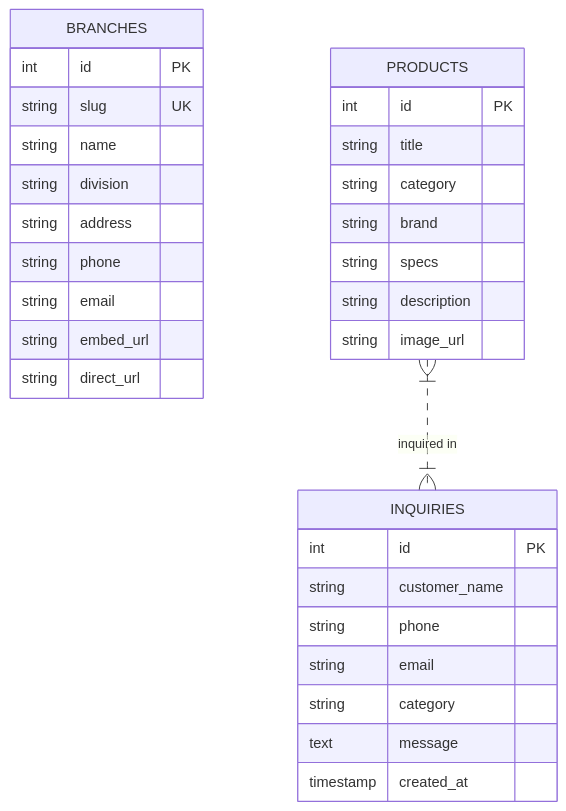
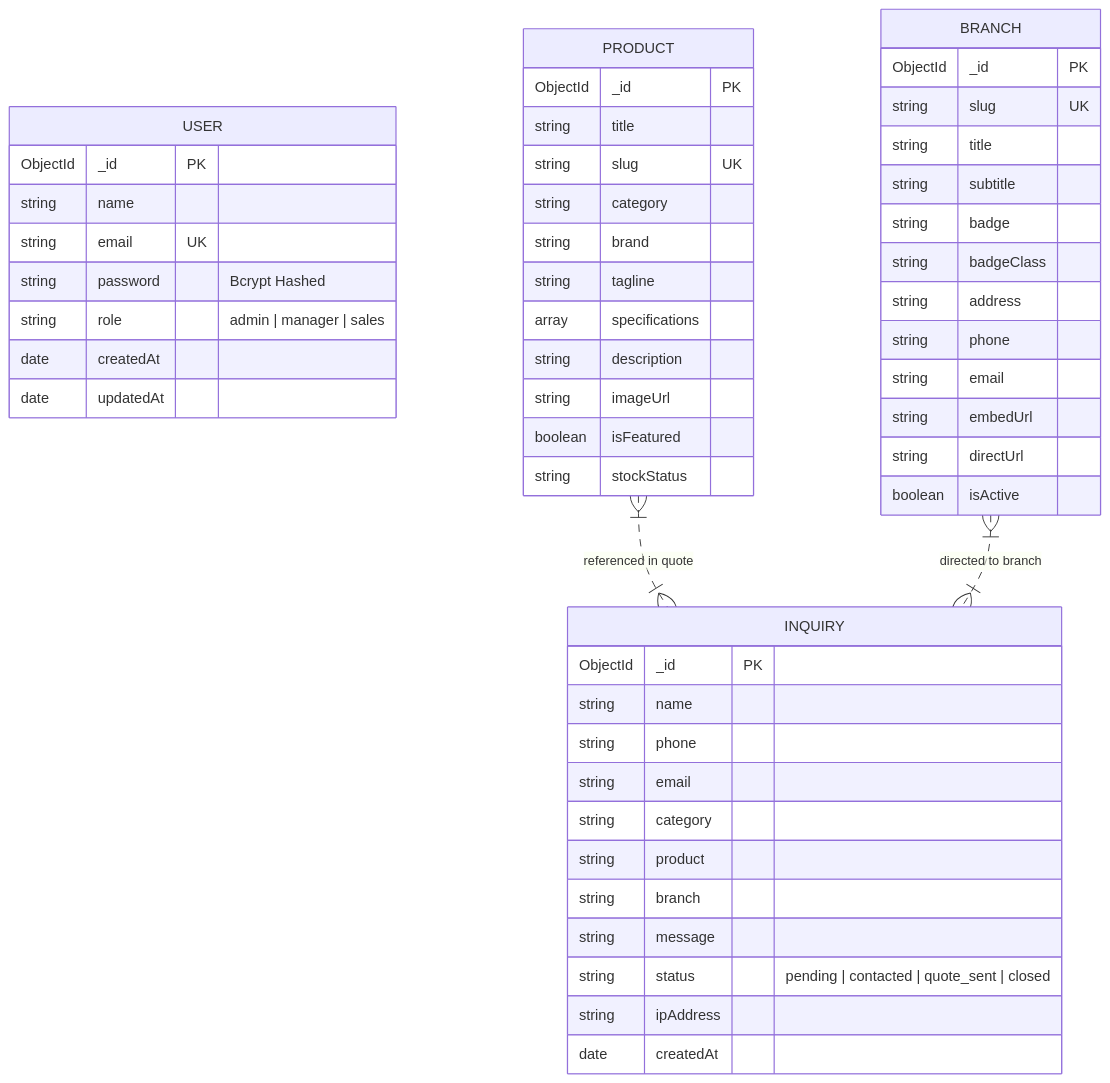
One commit to jainish09/southan_impex changed the fourth of 4 diagrams in ARCHITECTURE.md. Above: the diagram before and after it, drawn with Mermaid. The commit also changed other lines of this file and 13 other files, not shown here.

````diff
--- a/ARCHITECTURE.md
+++ b/ARCHITECTURE.md
@@ -128,36 +153,58 @@
 ```mermaid
 erDiagram
-    BRANCHES {
-        int id PK
+    USER {
+        ObjectId _id PK
+        string name
+        string email UK
+        string password "Bcrypt Hashed"
+        string role "admin | manager | sales"
+        date createdAt
+        date updatedAt
+    }
+
+    BRANCH {
+        ObjectId _id PK
         string slug UK
-        string name
-        string division
+        string title
+        string subtitle
+        string badge
+        string badgeClass
         string address
         string phone
         string email
-        string embed_url
-        string direct_url
+        string embedUrl
+        string directUrl
+        boolean isActive
     }
 
-    PRODUCTS {
-        int id PK
+    PRODUCT {
+        ObjectId _id PK
         string title
+        string slug UK
         string category
         string brand
-        string specs
+        string tagline
+        array specifications
         string description
-        string image_url
+        string imageUrl
+        boolean isFeatured
+        string stockStatus
     }
 
-    INQUIRIES {
-        int id PK
-        string customer_name
+    INQUIRY {
+        ObjectId _id PK
+        string name
         string phone
         string email
         string category
-        text message
-        timestamp created_at
+        string product
+        string branch
+        string message
+        string status "pending | contacted | quote_sent | closed"
+        string ipAddress
+        date createdAt
     }
 
-    PRODUCTS }|..|{ INQUIRIES : "inquired in"
+    PRODUCT }|..|{ INQUIRY : "referenced in quote"
+    BRANCH }|..|{ INQUIRY : "directed to branch"
 ```
````
